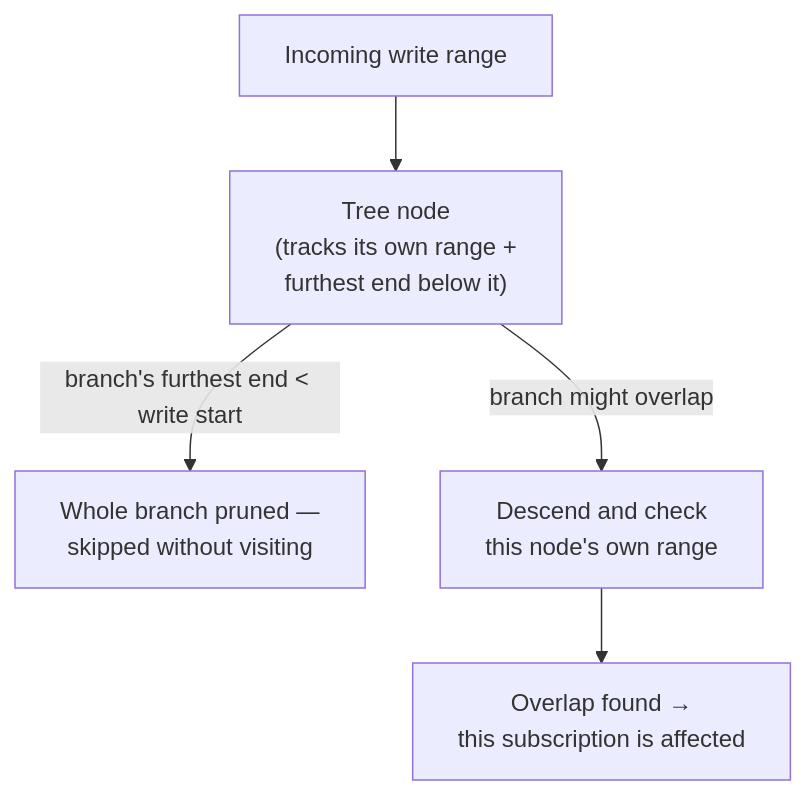
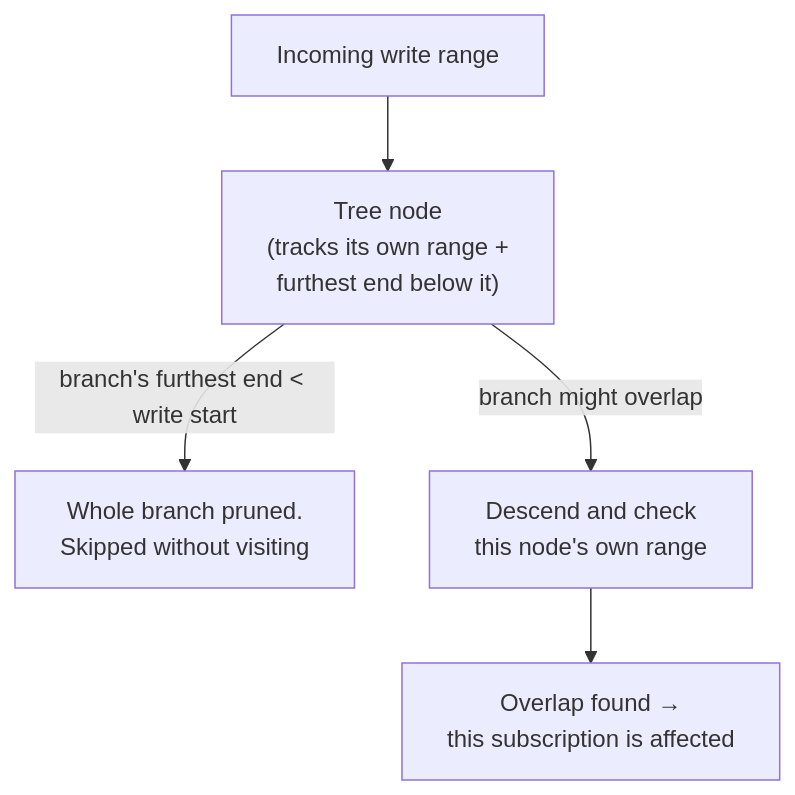
Before and after one commit to helipod-sh/helipod: the third of 5 diagrams in docs_new/content/docs/contributing/architecture/reactivity.mdx, drawn with Mermaid. The commit also changed other lines of this file and 49 other files, not shown here.

````diff
--- a/docs_new/content/docs/contributing/architecture/reactivity.mdx
+++ b/docs_new/content/docs/contributing/architecture/reactivity.mdx
@@ -124,7 +129,7 @@
 ```mermaid
 flowchart TD
     W["Incoming write range"] --> Root["Tree node<br/>(tracks its own range +<br/>furthest end below it)"]
-    Root -->|"branch's furthest end < write start"| Prune["Whole branch pruned —<br/>skipped without visiting"]
+    Root -->|"branch's furthest end < write start"| Prune["Whole branch pruned.<br/>Skipped without visiting"]
     Root -->|"branch might overlap"| Descend["Descend and check<br/>this node's own range"]
     Descend --> Match["Overlap found →<br/>this subscription is affected"]
 ```
````
